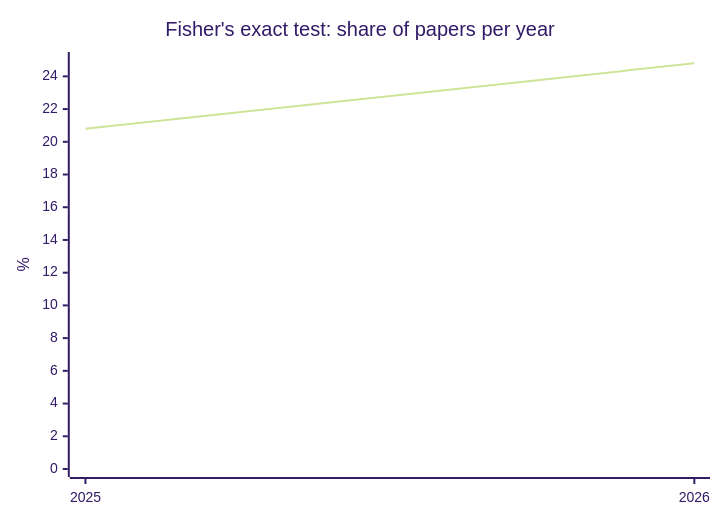
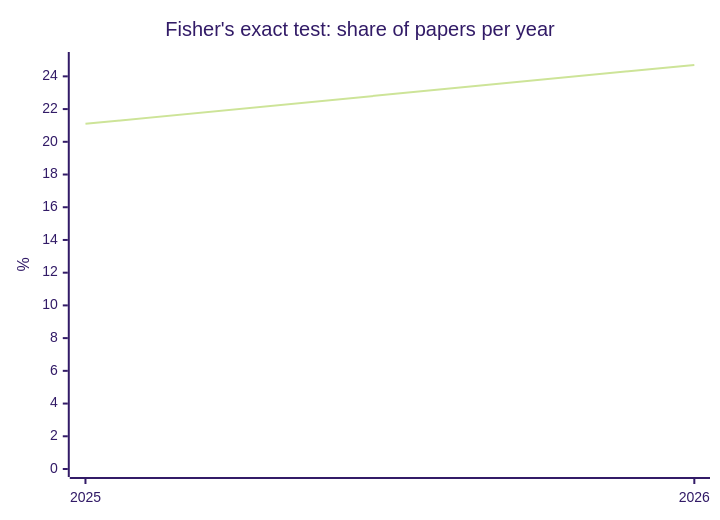
The fifth of 5 diagrams in literature-watch/reports/overview.md (nfdi4health/datashield-function-ideas), drawn with Mermaid (forest theme) before and after one commit. The commit also changed other lines of this file and 1 other file, not shown here.

````diff
--- a/literature-watch/reports/overview.md
+++ b/literature-watch/reports/overview.md
@@ -84,7 +84,7 @@
 ```mermaid
 xychart-beta
   title "Fisher's exact test: share of papers per year"
   x-axis [2025, 2026]
   y-axis "%" 0 --> 25
-  line [20.8, 24.8]
+  line [21.1, 24.7]
 ```
````
